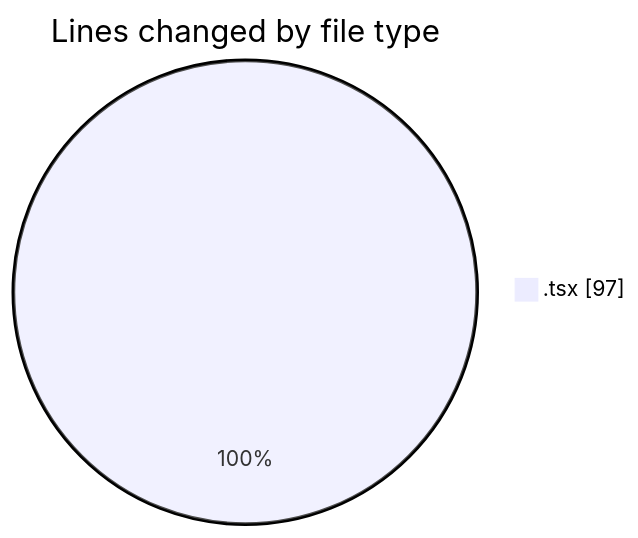
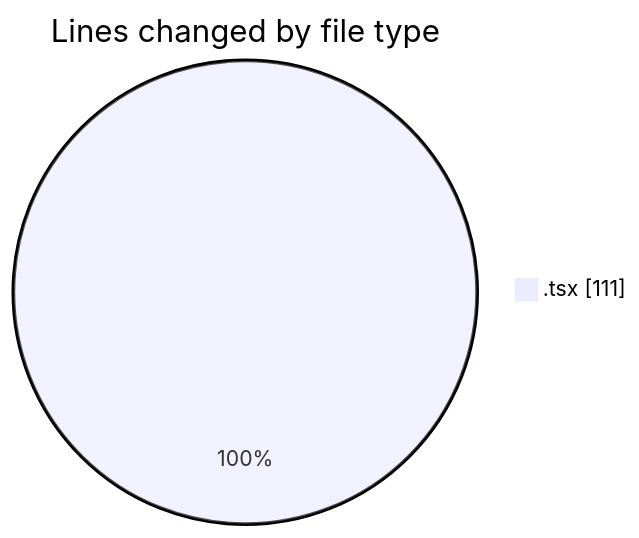
One commit to momahboobian/code-tracking changed the first of 2 diagrams in 2025-03-27/cda/README.md. Above: the diagram before and after it, drawn with Mermaid. The commit also changed other lines of this file and 1 other file, not shown here.

````diff
--- a/2025-03-27/cda/README.md
+++ b/2025-03-27/cda/README.md
@@ -20,5 +20,5 @@
 ```mermaid
 pie showData
 title Lines changed by file type
-".tsx" : 97
+".tsx" : 111
 ```
````
